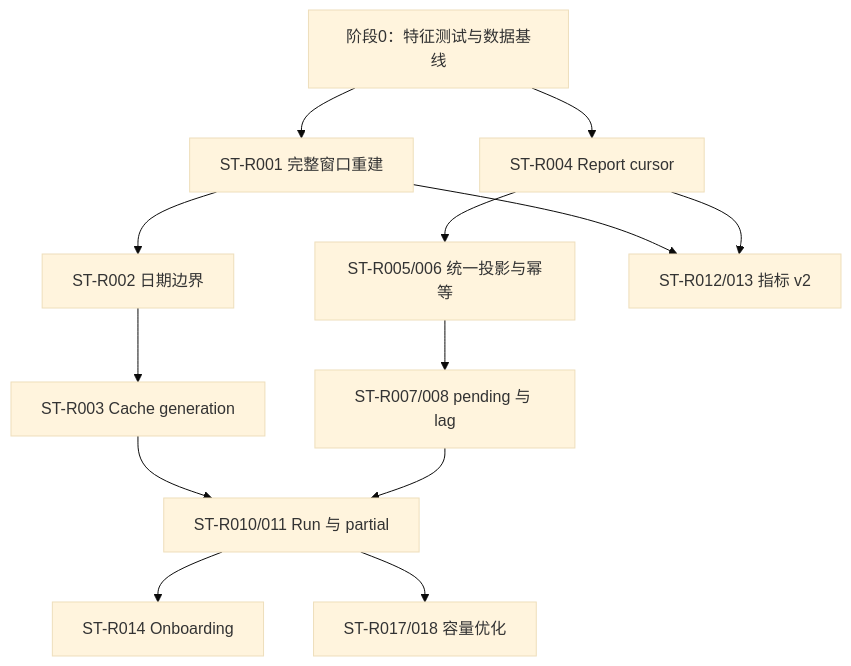
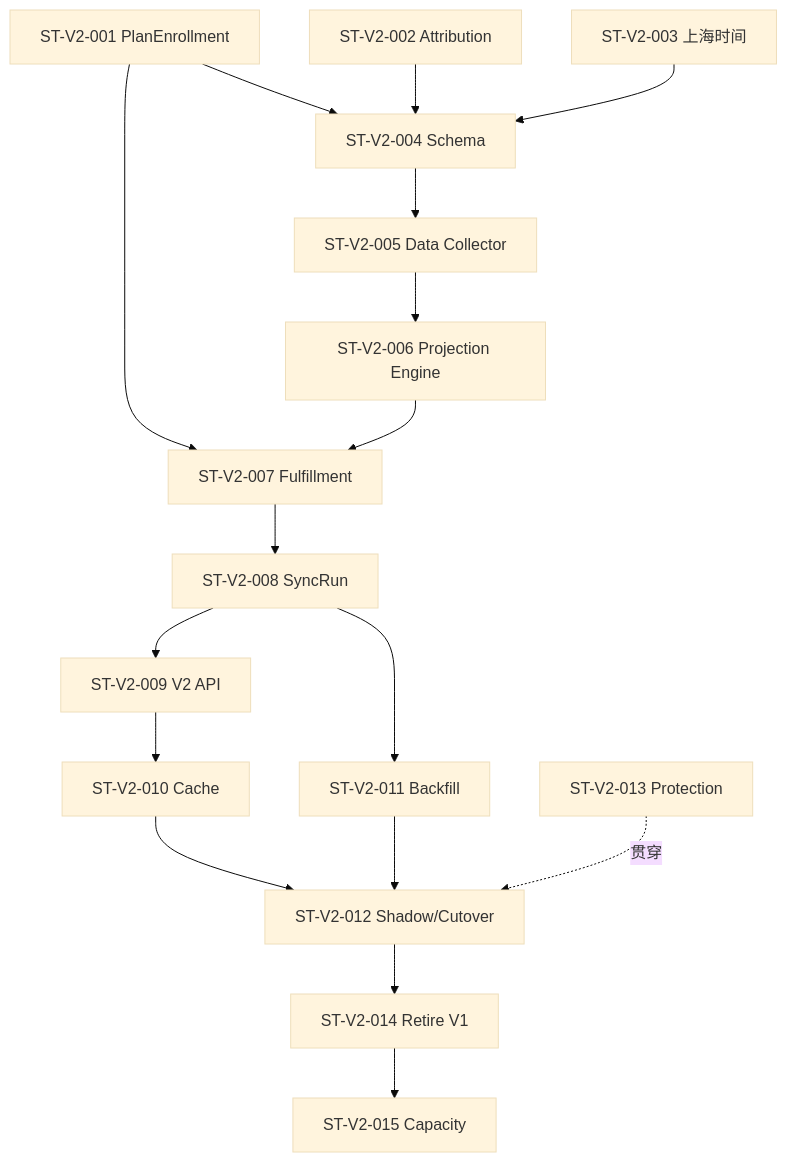
Before and after one commit to FangcunMount/qs-server: the diagram in docs/02-业务模块/70-statistics/90-设计问题与重构清单.md, drawn with Mermaid (base theme). The commit also changed other lines of this file and 10 other files, not shown here.

First line of the commit message:
refactor(statistics): overhaul Statistics V2 architecture and data flow

````diff
--- a/docs/02-业务模块/70-statistics/90-设计问题与重构清单.md
+++ b/docs/02-业务模块/70-statistics/90-设计问题与重构清单.md
@@ -888,22 +501,19 @@
 ```mermaid
 flowchart TD
-    T["阶段0：特征测试与数据基线"]
-    R1["ST-R001 完整窗口重建"]
-    R2["ST-R002 日期边界"]
-    R3["ST-R003 Cache generation"]
-    R4["ST-R004 Report cursor"]
-    R5["ST-R005/006 统一投影与幂等"]
-    R7["ST-R007/008 pending 与 lag"]
-    G["ST-R010/011 Run 与 partial"]
-    O["ST-R014 Onboarding"]
-    M["ST-R012/013 指标 v2"]
-    P["ST-R017/018 容量优化"]
-
-    T --> R1 --> R2 --> R3
-    T --> R4 --> R5 --> R7
-    R3 --> G
-    R7 --> G --> O
-    R1 --> M
-    R4 --> M
-    G --> P
+    E["ST-V2-001 PlanEnrollment"] --> Schema["ST-V2-004 Schema"]
+    A["ST-V2-002 Attribution"] --> Schema
+    T["ST-V2-003 上海时间"] --> Schema
+    Schema --> Fact["ST-V2-005 Data Collector"]
+    Fact --> Daily["ST-V2-006 Projection Engine"]
+    E --> Fulfill["ST-V2-007 Fulfillment"]
+    Daily --> Fulfill
+    Fulfill --> Run["ST-V2-008 SyncRun"]
+    Run --> API["ST-V2-009 V2 API"]
+    API --> Cache["ST-V2-010 Cache"]
+    Run --> Backfill["ST-V2-011 Backfill"]
+    Cache --> Shadow["ST-V2-012 Shadow/Cutover"]
+    Backfill --> Shadow
+    Test["ST-V2-013 Protection"] -.贯穿.-> Shadow
+    Shadow --> Retire["ST-V2-014 Retire V1"]
+    Retire --> Capacity["ST-V2-015 Capacity"]
 ```
````
